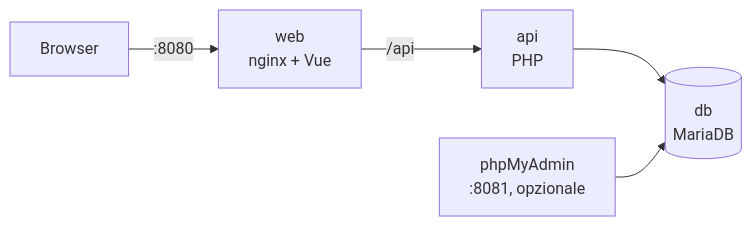
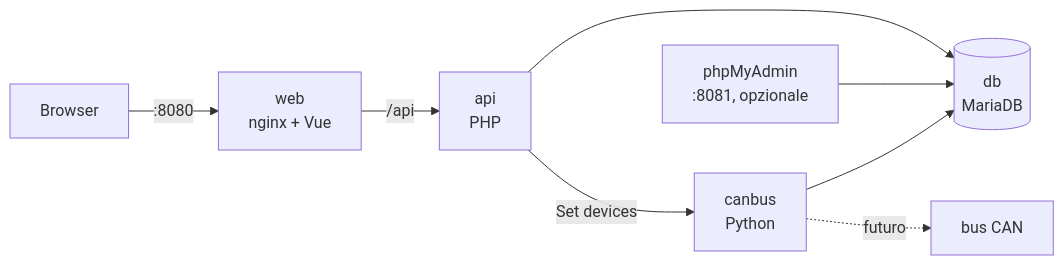
Before and after one commit to ingrubino/WebDev: the diagram in docs/README-installazione.md, drawn with Mermaid. The commit also changed other lines of this file and 8 other files, not shown here.

````diff
--- a/docs/README-installazione.md
+++ b/docs/README-installazione.md
@@ -14,7 +15,10 @@
 ```mermaid
 flowchart LR
     B[Browser] -->|:8080| W[web<br/>nginx + Vue]
     W -->|/api| A[api<br/>PHP]
     A --> D[(db<br/>MariaDB)]
+    A -->|Set devices| C[canbus<br/>Python]
+    C --> D
+    C -.->|futuro| X[bus CAN]
     P[phpMyAdmin<br/>:8081, opzionale] --> D
 ```
````
